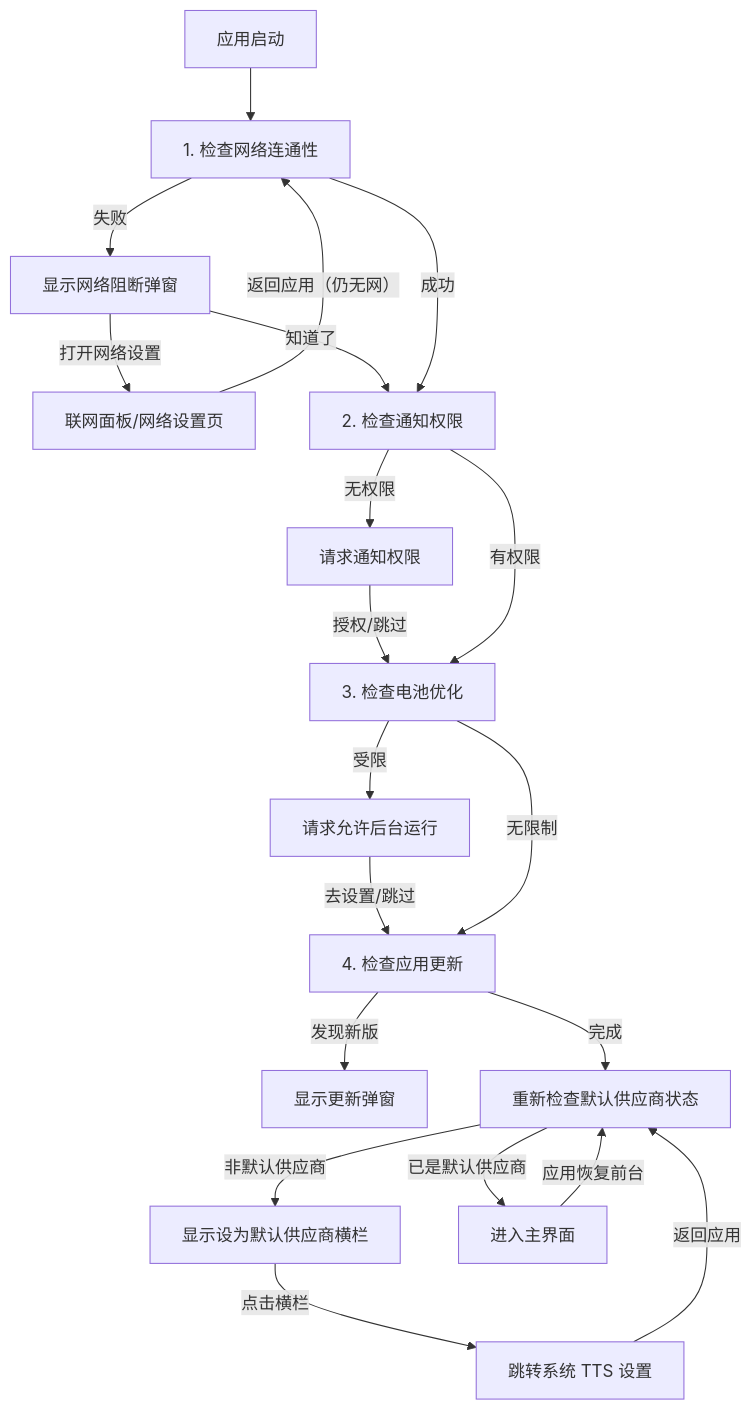
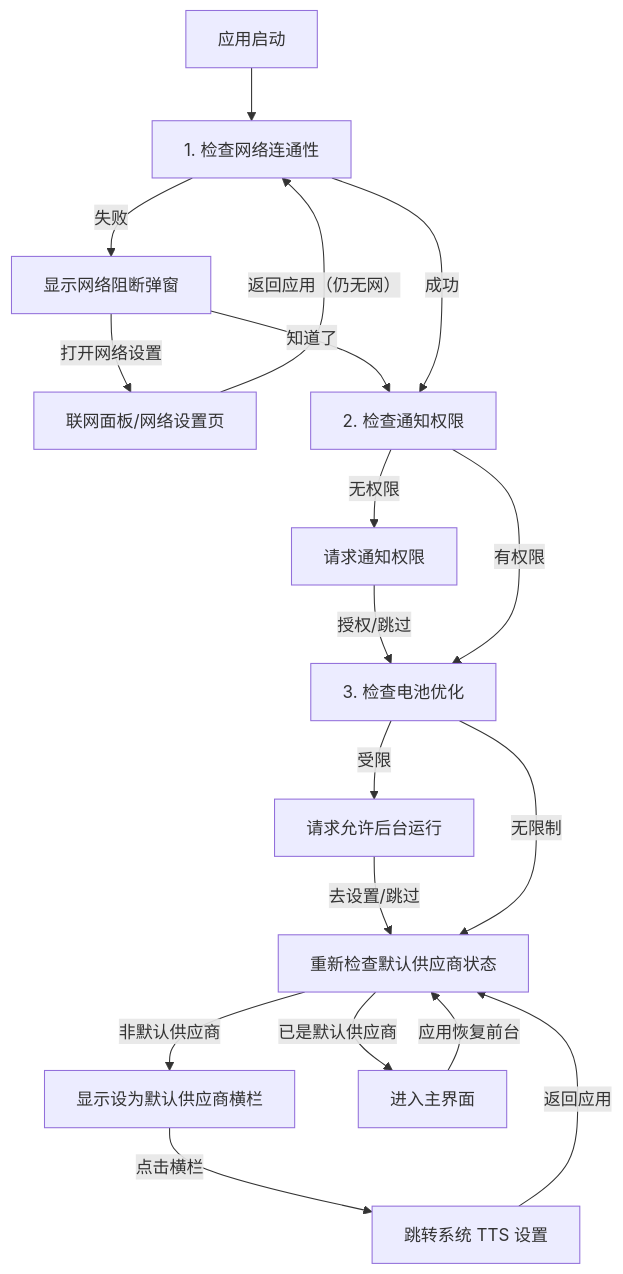
The diagram in doc/开发指南.md (Hypatia-Upsilon/Talkify-NoTLM), drawn with Mermaid before and after one commit. The commit also changed other lines of this file and 9 other files, not shown here.

````diff
--- a/doc/开发指南.md
+++ b/doc/开发指南.md
@@ -383,28 +382,25 @@
 ```mermaid
 graph TD
     Start[应用启动] --> Step1[1. 检查网络连通性]
     Step1 -- 失败 --> DialogNet[显示网络阻断弹窗]
     DialogNet -- 打开网络设置 --> SysSettings[联网面板/网络设置页]
     SysSettings -- 返回应用（仍无网） --> Step1
     DialogNet -- 知道了 --> Step2[2. 检查通知权限]
     Step1 -- 成功 --> Step2
     
     Step2 -- 无权限 --> DialogNotif[请求通知权限]
     DialogNotif -- 授权/跳过 --> Step3
     Step2 -- 有权限 --> Step3[3. 检查电池优化]
     
     Step3 -- 受限 --> DialogBattery[请求允许后台运行]
-    DialogBattery -- 去设置/跳过 --> Step4
-    Step3 -- 无限制 --> Step4[4. 检查应用更新]
+    DialogBattery -- 去设置/跳过 --> Step4[4. 检查默认供应商状态]
+    Step3 -- 无限制 --> Step4
     
-    Step4 -- 发现新版 --> DialogUpdate[显示更新弹窗]
-    Step4 -- 完成 --> Step5[5. 检查默认供应商状态]
-    
-    Step5 -- 非默认供应商 --> BannerDefault[显示设为默认供应商横栏]
-    Step5 -- 已是默认供应商 --> MainUI[进入主界面]
+    Step4 -- 非默认供应商 --> BannerDefault[显示设为默认供应商横栏]
+    Step4 -- 已是默认供应商 --> MainUI[进入主界面]
     
     BannerDefault -- 点击横栏 --> TtsSettings[跳转系统 TTS 设置]
-    TtsSettings -- 返回应用 --> Step5[重新检查默认供应商状态]
+    TtsSettings -- 返回应用 --> Step4[重新检查默认供应商状态]
     
-    MainUI -- 应用恢复前台 --> Step5[重新检查默认供应商状态]
+    MainUI -- 应用恢复前台 --> Step4[重新检查默认供应商状态]
 ```
````
